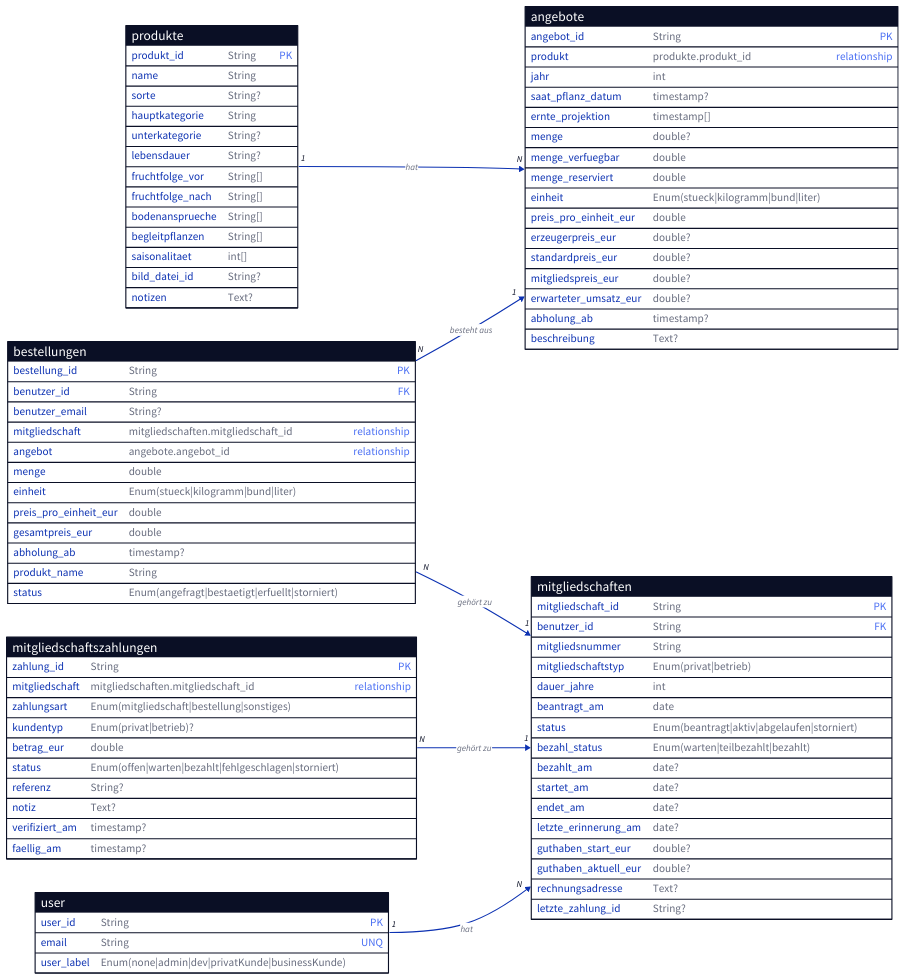
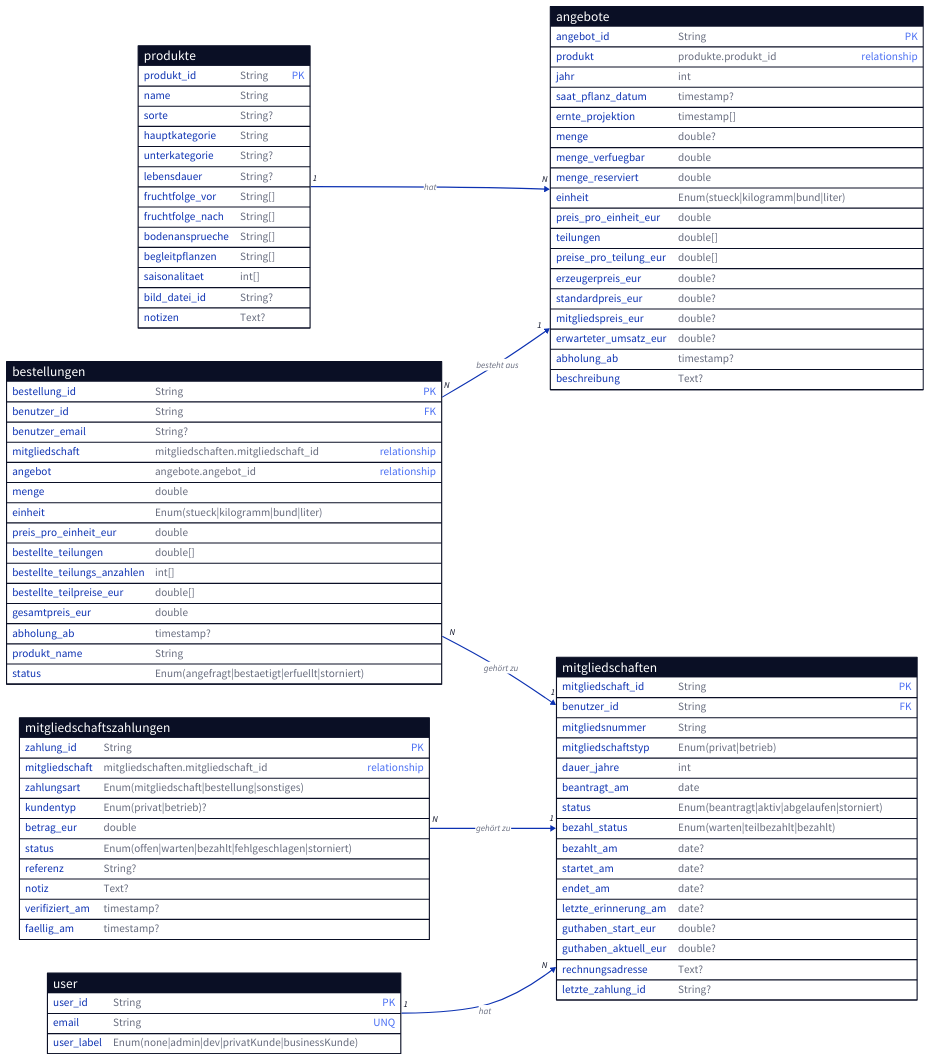
The diagram in functions/database_tables.d2 (floherzler/agroforst-ff), drawn with D2 before and after one commit. The commit also changed 27 other files, not shown here.

```diff
--- a/functions/database_tables.d2
+++ b/functions/database_tables.d2
@@ -1,125 +1,130 @@
 direction: right
 produkte: {
   shape: sql_table
 
   produkt_id: String {constraint: primary_key}
   name: String
   sorte: String?
   hauptkategorie: String
   unterkategorie: String?
   lebensdauer: String?
   fruchtfolge_vor: "String[]"
   fruchtfolge_nach: "String[]"
   bodenansprueche: "String[]"
   begleitpflanzen: "String[]"
   saisonalitaet: "int[]"
   bild_datei_id: String?
   notizen: Text?
 }
 
 angebote: {
   shape: sql_table
 
   angebot_id: String {constraint: primary_key}
   produkt: produkte.produkt_id {constraint: relationship}
   jahr: int
   saat_pflanz_datum: timestamp?
   ernte_projektion: "timestamp[]"
   menge: double?
   menge_verfuegbar: double
   menge_reserviert: double
   einheit: Enum(stueck|kilogramm|bund|liter)
   preis_pro_einheit_eur: double
+  teilungen: "double[]"
+  preise_pro_teilung_eur: "double[]"
   erzeugerpreis_eur: double?
   standardpreis_eur: double?
   mitgliedspreis_eur: double?
   erwarteter_umsatz_eur: double?
   abholung_ab: timestamp?
   beschreibung: Text?
 }
 
 mitgliedschaften: {
   shape: sql_table
 
   mitgliedschaft_id: String {constraint: primary_key}
   benutzer_id: String {constraint: foreign_key}
   mitgliedsnummer: String
   mitgliedschaftstyp: Enum(privat|betrieb)
   dauer_jahre: int
   beantragt_am: date
   status: Enum(beantragt|aktiv|abgelaufen|storniert)
   bezahl_status: Enum(warten|teilbezahlt|bezahlt)
   bezahlt_am: date?
   startet_am: date?
   endet_am: date?
   letzte_erinnerung_am: date?
   guthaben_start_eur: double?
   guthaben_aktuell_eur: double?
   rechnungsadresse: Text?
   letzte_zahlung_id: String?
 }
 
 mitgliedschaftszahlungen: {
   shape: sql_table
 
   zahlung_id: String {constraint: primary_key}
   mitgliedschaft: mitgliedschaften.mitgliedschaft_id {constraint: relationship}
   zahlungsart: Enum(mitgliedschaft|bestellung|sonstiges)
   kundentyp: Enum(privat|betrieb)?
   betrag_eur: double
   status: Enum(offen|warten|bezahlt|fehlgeschlagen|storniert)
   referenz: String?
   notiz: Text?
   verifiziert_am: timestamp?
   faellig_am: timestamp?
 }
 
 bestellungen: {
   shape: sql_table
 
   bestellung_id: String {constraint: primary_key}
   benutzer_id: String {constraint: foreign_key}
   benutzer_email: String?
   mitgliedschaft: mitgliedschaften.mitgliedschaft_id {constraint: relationship}
   angebot: angebote.angebot_id {constraint: relationship}
   menge: double
   einheit: Enum(stueck|kilogramm|bund|liter)
   preis_pro_einheit_eur: double
+  bestellte_teilungen: "double[]"
+  bestellte_teilungs_anzahlen: "int[]"
+  bestellte_teilpreise_eur: "double[]"
   gesamtpreis_eur: double
   abholung_ab: timestamp?
   produkt_name: String
   status: Enum(angefragt|bestaetigt|erfuellt|storniert)
 }
 
 user: {
   shape: sql_table
 
   user_id: String {constraint: primary_key}
   email: String {constraint: unique}
   user_label: Enum(none|admin|dev|privatKunde|businessKunde)
 }
 
 produkte -> angebote: hat {
   source-arrowhead: 1
   target-arrowhead: N
 }
 
 bestellungen -> mitgliedschaften: gehört zu {
   source-arrowhead: N
   target-arrowhead: 1
 }
 
 bestellungen -> angebote: besteht aus {
   source-arrowhead: N
   target-arrowhead: 1
 }
 
 mitgliedschaftszahlungen -> mitgliedschaften: gehört zu {
   source-arrowhead: N
   target-arrowhead: 1
 }
 
 user -> mitgliedschaften: hat {
   source-arrowhead: 1
   target-arrowhead: N
 }
```
